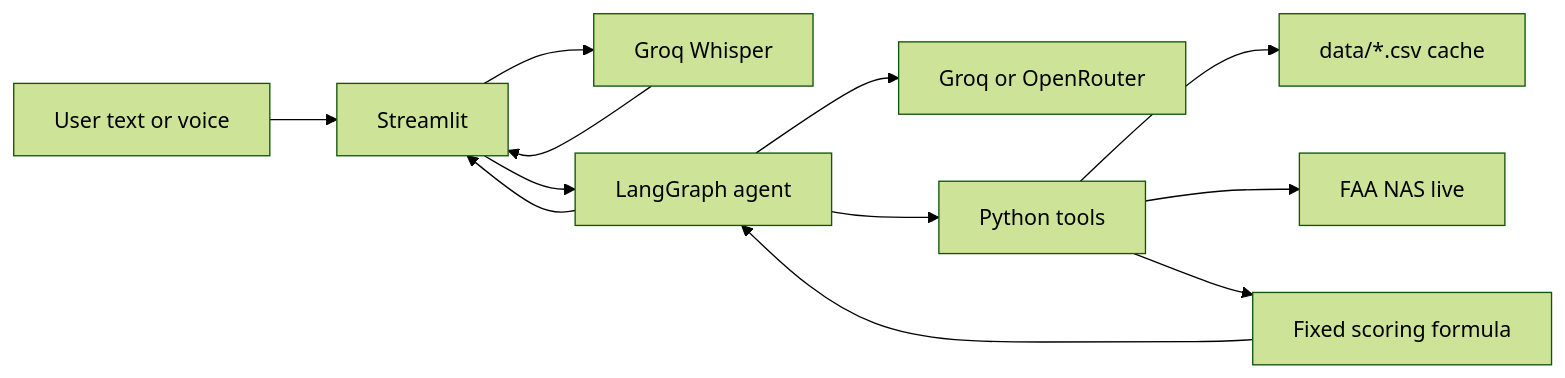
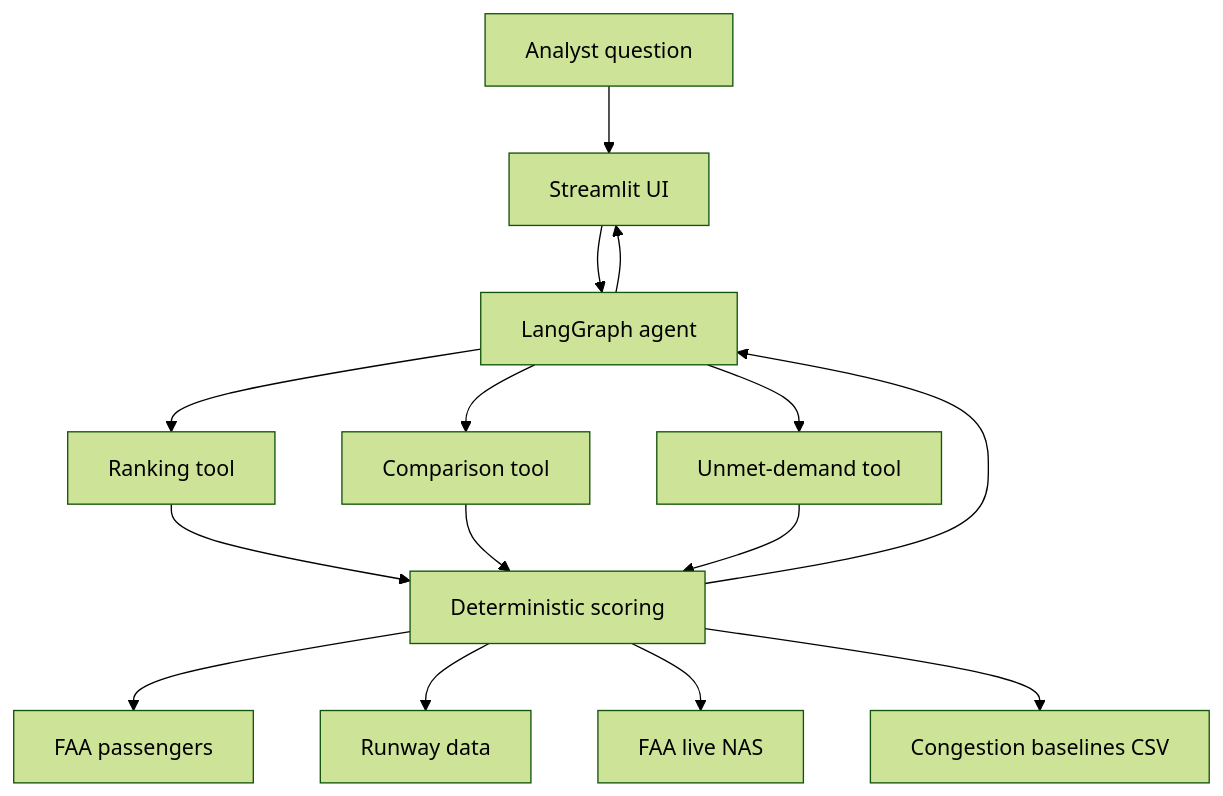
One commit to marciano147/Airport-Investment-Intelligence-Agent changed the diagram in README.md. Above: the diagram before and after it, drawn with Mermaid (forest theme). The commit also changed other lines of this file and 20 other files, not shown here.

````diff
--- a/README.md
+++ b/README.md
@@ -33,14 +34,17 @@
 ```mermaid
-flowchart LR
-  U[User text or voice] --> S[Streamlit]
-  S --> W[Groq Whisper]
-  W --> S
+flowchart TB
+  Q[Analyst question] --> S[Streamlit UI]
   S --> A[LangGraph agent]
-  A --> L[Groq or OpenRouter]
-  A --> T[Python tools]
-  T --> C[data/*.csv cache]
-  T --> N[FAA NAS live]
-  T --> P[Fixed scoring formula]
+  A --> R[Ranking tool]
+  A --> C[Comparison tool]
+  A --> D[Unmet-demand tool]
+  R --> P[Deterministic scoring]
+  C --> P
+  D --> P
+  P --> F[FAA passengers]
+  P --> W[Runway data]
+  P --> N[FAA live NAS]
+  P --> B[Congestion baselines CSV]
   P --> A
   A --> S
 ```
````
